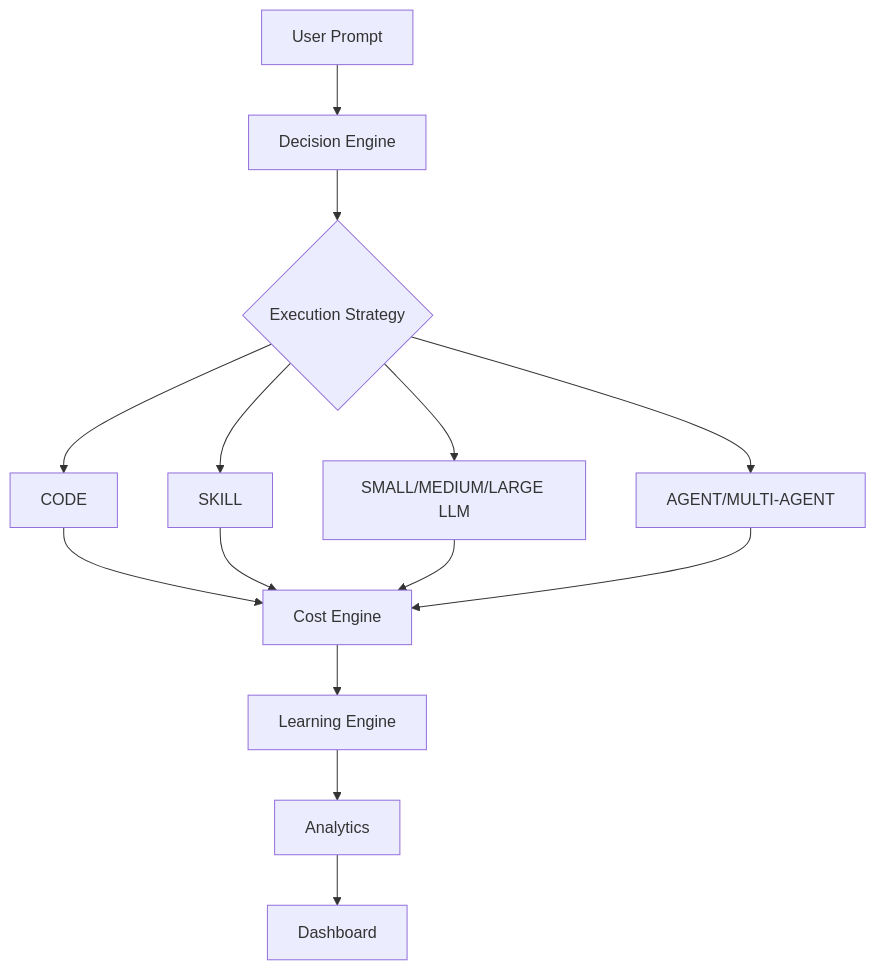
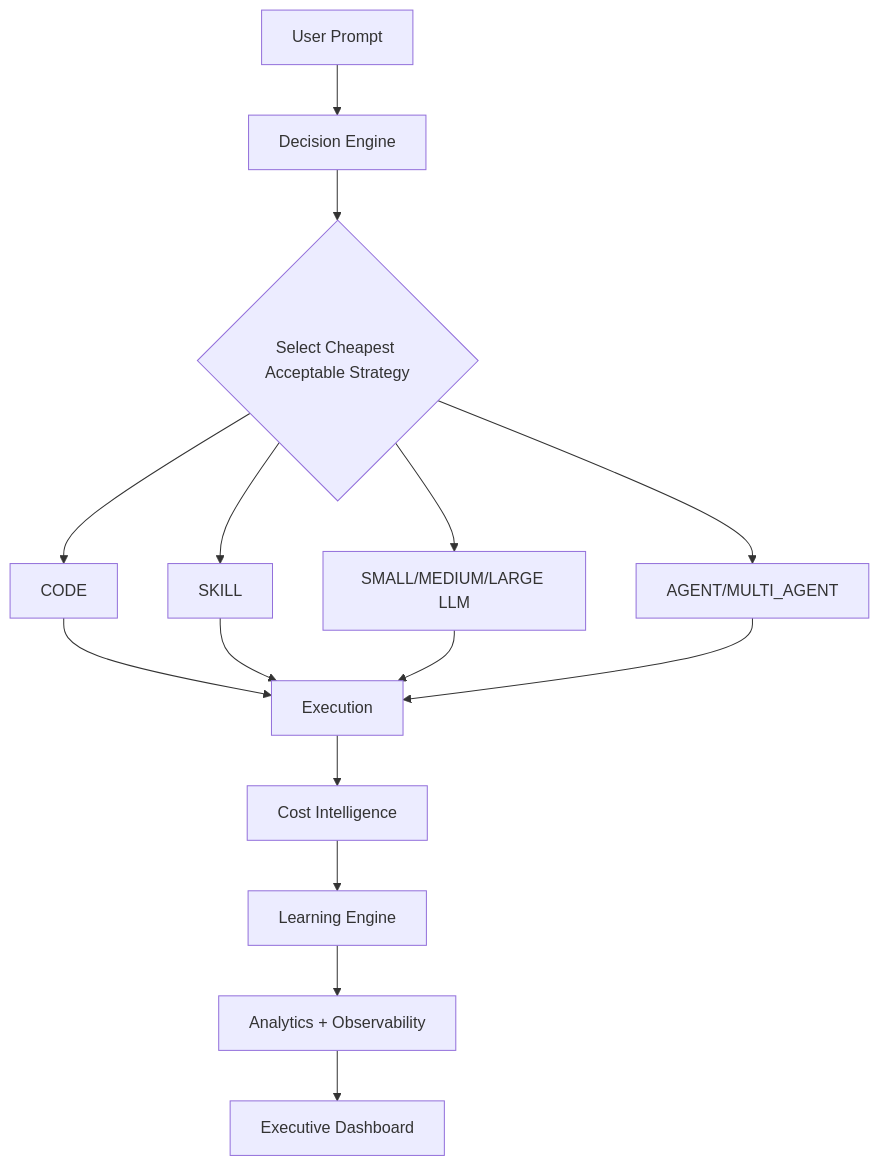
The first of 3 diagrams in README.md (sivram-dse/adaptive-ai-orchestrator), drawn with Mermaid before and after one commit. The commit also changed other lines of this file and 9 other files, not shown here.

````diff
--- a/README.md
+++ b/README.md
@@ -31,16 +41,17 @@
 ```mermaid
 flowchart TD
     A["User Prompt"] --> B["Decision Engine"]
-    B --> C{"Execution Strategy"}
+    B --> C{"Select Cheapest Acceptable Strategy"}
     C --> C1["CODE"]
     C --> C2["SKILL"]
     C --> C3["SMALL/MEDIUM/LARGE LLM"]
-    C --> C4["AGENT/MULTI-AGENT"]
-    C1 --> D["Cost Engine"]
+    C --> C4["AGENT/MULTI_AGENT"]
+    C1 --> D["Execution"]
     C2 --> D
     C3 --> D
     C4 --> D
-    D --> E["Learning Engine"]
-    E --> F["Analytics"]
-    F --> G["Dashboard"]
+    D --> E["Cost Intelligence"]
+    E --> F["Learning Engine"]
+    F --> G["Analytics + Observability"]
+    G --> H["Executive Dashboard"]
 ```
````
